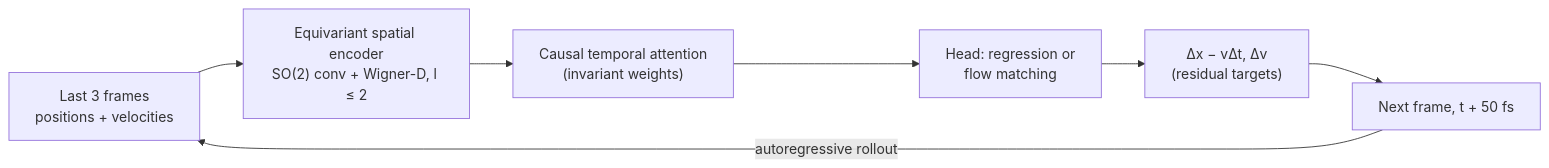
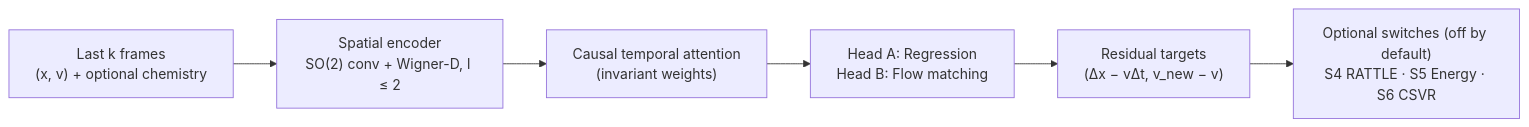
Before and after one commit to yaniguan/WignerFlow: the diagram in README.md, drawn with Mermaid. The commit also changed other lines of this file and 140 other files, not shown here.

````diff
--- a/README.md
+++ b/README.md
@@ -79,9 +43,8 @@
 ```mermaid
 flowchart LR
-    A["Last 3 frames<br/>positions + velocities"] --> B["Equivariant spatial encoder<br/>SO(2) conv + Wigner-D, l ≤ 2"]
+    A["Last k frames<br/>(x, v) + optional chemistry"] --> B["Spatial encoder<br/>SO(2) conv + Wigner-D, l ≤ 2"]
     B --> C["Causal temporal attention<br/>(invariant weights)"]
-    C --> D["Head: regression or<br/>flow matching"]
-    D --> E["Δx − vΔt, Δv<br/>(residual targets)"]
-    E --> F["Next frame, t + 50 fs"]
-    F -- "autoregressive rollout" --> A
+    C --> D["Head A: Regression<br/>Head B: Flow matching"]
+    D --> E["Residual targets<br/>(Δx − vΔt, v_new − v)"]
+    E --> F["Optional switches (off by default)<br/>S4 RATTLE · S5 Energy · S6 CSVR"]
 ```
````
